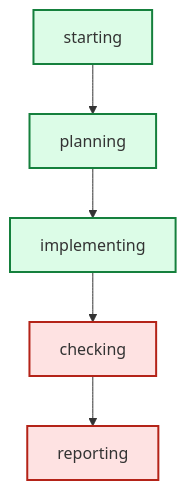
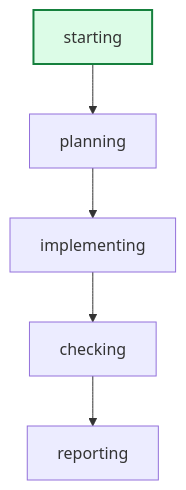
Before and after one commit to daniell0gda/hermes-feature-check-dashboard: the diagram in runs/issue45-water-flood-r1/graph.mmd, drawn with Mermaid. The commit also changed 30 other files, not shown here.

```diff
--- a/runs/issue45-water-flood-r1/graph.mmd
+++ b/runs/issue45-water-flood-r1/graph.mmd
@@ -1,14 +1,10 @@
 graph TD
     starting --> planning
     planning --> implementing
     implementing --> checking
     checking --> reporting
 
 classDef done fill:#dcfce7,stroke:#15803d,stroke-width:2px;
 classDef active fill:#dbeafe,stroke:#2563eb,stroke-width:3px;
 classDef failed fill:#fee2e2,stroke:#b42318,stroke-width:2px;
-class implementing done;
-class checking failed;
 class starting done;
-class reporting failed;
-class planning done;
```
